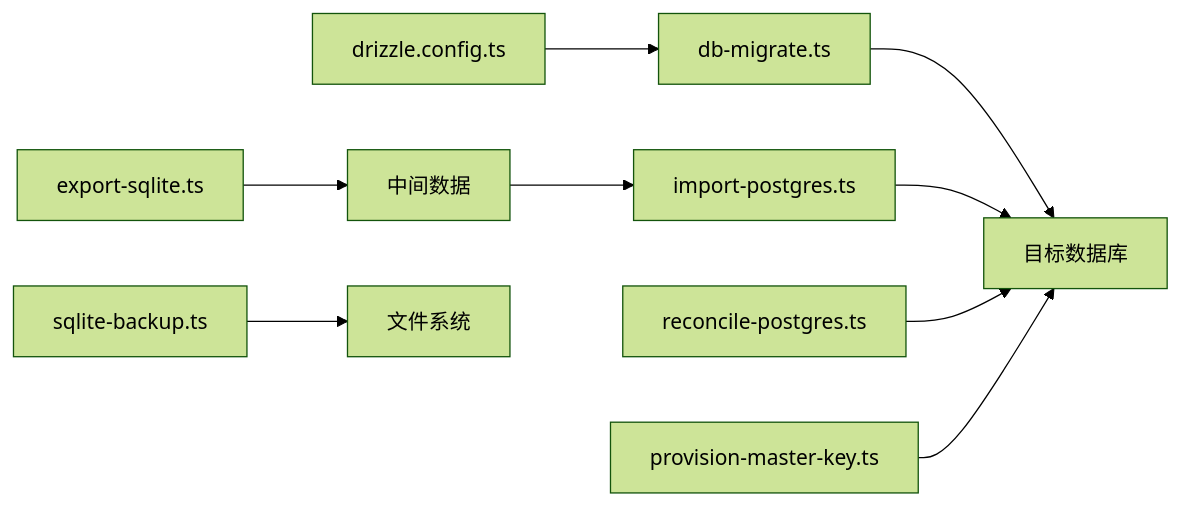
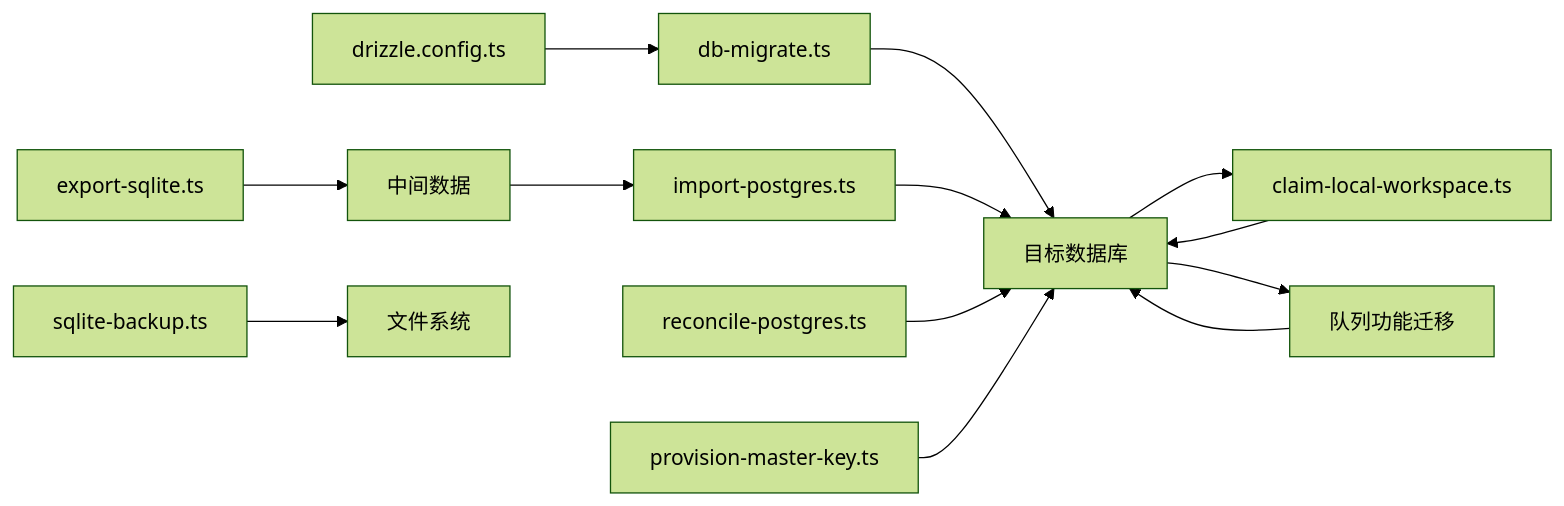
Before and after one commit to scottcwy/PurpleInk: the fifth of 5 diagrams in .qoder/repowiki/zh/content/后端架构/数据访问层/数据迁移策略.md, drawn with Mermaid (forest theme). The commit also changed other lines of this file and 109 other files, not shown here.

````diff
--- a/.qoder/repowiki/zh/content/后端架构/数据访问层/数据迁移策略.md
+++ b/.qoder/repowiki/zh/content/后端架构/数据访问层/数据迁移策略.md
@@ -204,11 +356,15 @@
 ```mermaid
 graph LR
 Conf["drizzle.config.ts"] --> Migrate["db-migrate.ts"]
 Migrate --> DB["目标数据库"]
 Export["export-sqlite.ts"] --> Middle["中间数据"]
 Middle --> Import["import-postgres.ts"]
 Import --> DB
 Reconcile["reconcile-postgres.ts"] --> DB
 Backup["sqlite-backup.ts"] --> FS["文件系统"]
 Key["provision-master-key.ts"] --> DB
+Claim["claim-local-workspace.ts"] --> DB
+Queue["队列功能迁移"] --> DB
+DB --> Claim
+DB --> Queue
 ```
````
